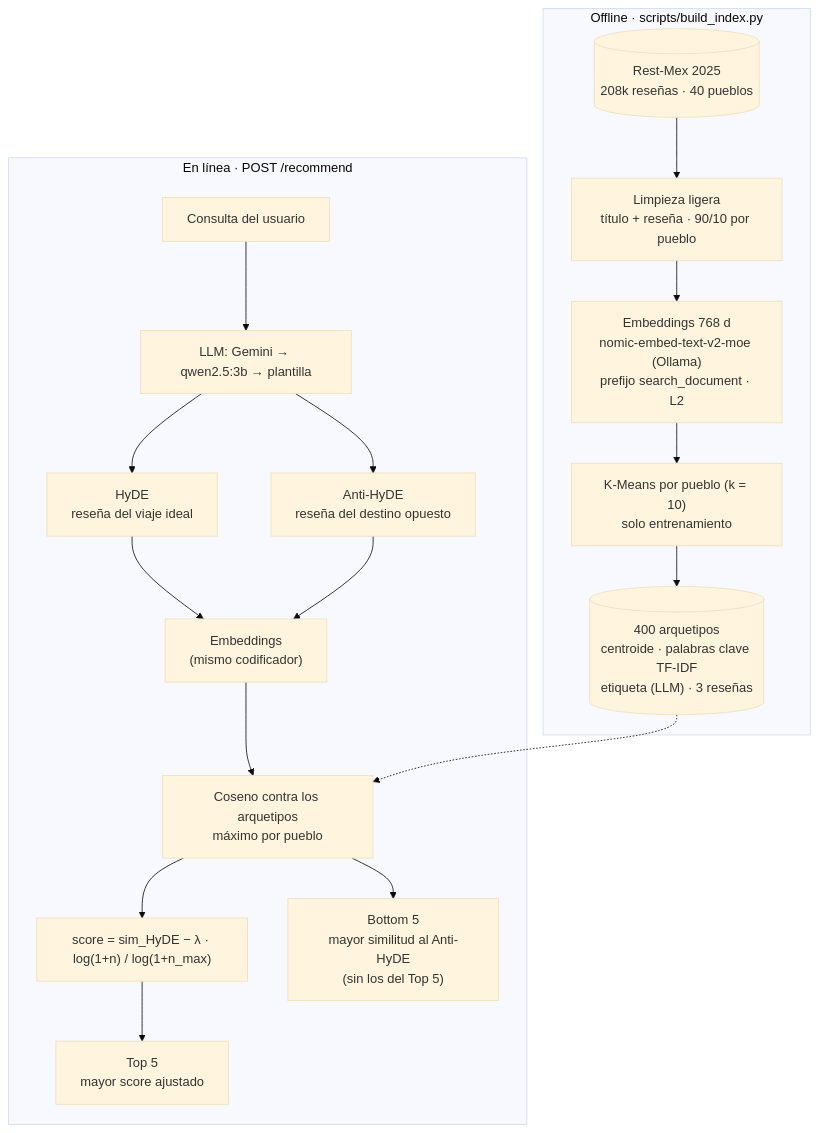
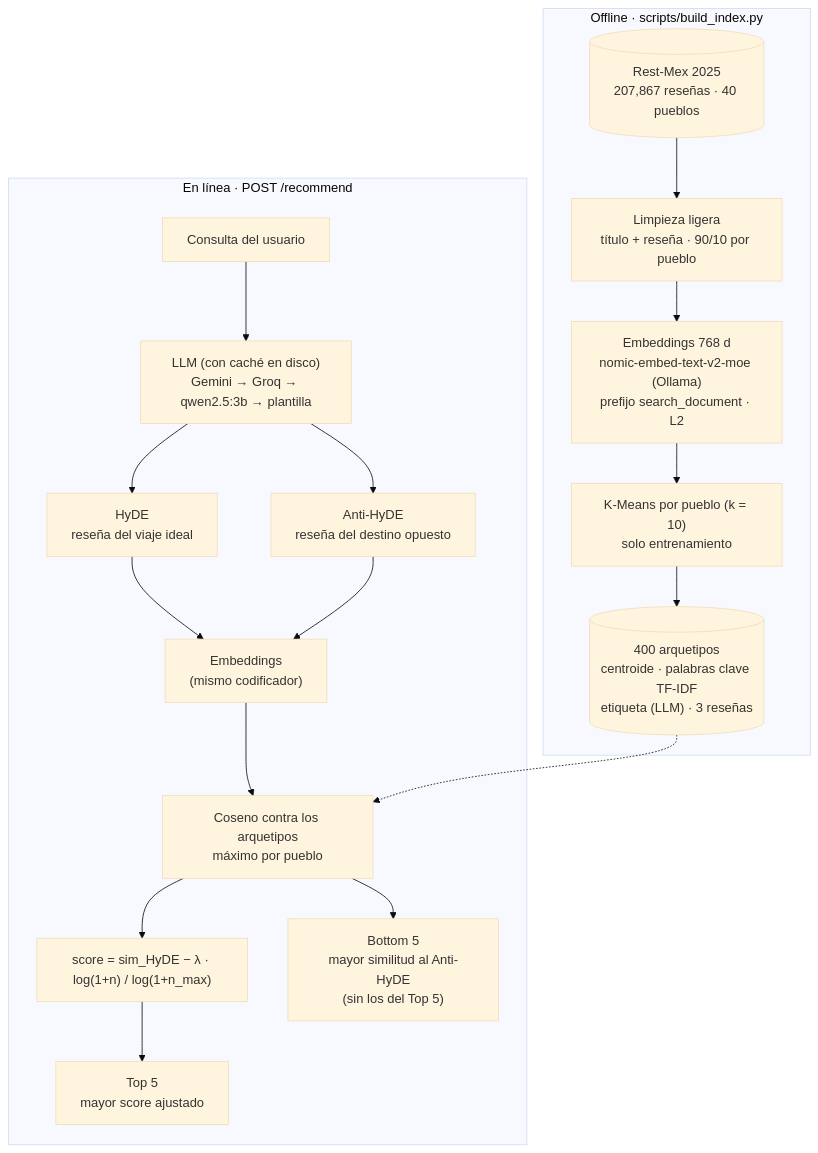
The diagram in README.md (Nohred/Resmex_Recommendation), drawn with Mermaid (base theme) before and after one commit. The commit also changed other lines of this file and 10 other files, not shown here.

````diff
--- a/README.md
+++ b/README.md
@@ -29,21 +29,21 @@
 ```mermaid
 flowchart TD
     subgraph OFF["Offline · scripts/build_index.py"]
-        A[("Rest-Mex 2025<br/>208k reseñas · 40 pueblos")] --> B["Limpieza ligera<br/>título + reseña · 90/10 por pueblo"]
+        A[("Rest-Mex 2025<br/>207,867 reseñas · 40 pueblos")] --> B["Limpieza ligera<br/>título + reseña · 90/10 por pueblo"]
         B --> C["Embeddings 768 d<br/>nomic-embed-text-v2-moe (Ollama)<br/>prefijo search_document · L2"]
         C --> D["K-Means por pueblo (k = 10)<br/>solo entrenamiento"]
         D --> E[("400 arquetipos<br/>centroide · palabras clave TF-IDF<br/>etiqueta (LLM) · 3 reseñas")]
     end
     subgraph ON["En línea · POST /recommend"]
-        Q["Consulta del usuario"] --> L["LLM: Gemini → qwen2.5:3b → plantilla"]
+        Q["Consulta del usuario"] --> L["LLM (con caché en disco)<br/>Gemini → Groq → qwen2.5:3b → plantilla"]
         L --> H["HyDE<br/>reseña del viaje ideal"]
         L --> AH["Anti-HyDE<br/>reseña del destino opuesto"]
         H --> V["Embeddings<br/>(mismo codificador)"]
         AH --> V
         V --> S["Coseno contra los arquetipos<br/>máximo por pueblo"]
         S --> P["score = sim_HyDE − λ · log(1+n) / log(1+n_max)"]
         P --> T["Top 5<br/>mayor score ajustado"]
         S --> BT["Bottom 5<br/>mayor similitud al Anti-HyDE<br/>(sin los del Top 5)"]
     end
     E -.-> S
 ```
````
